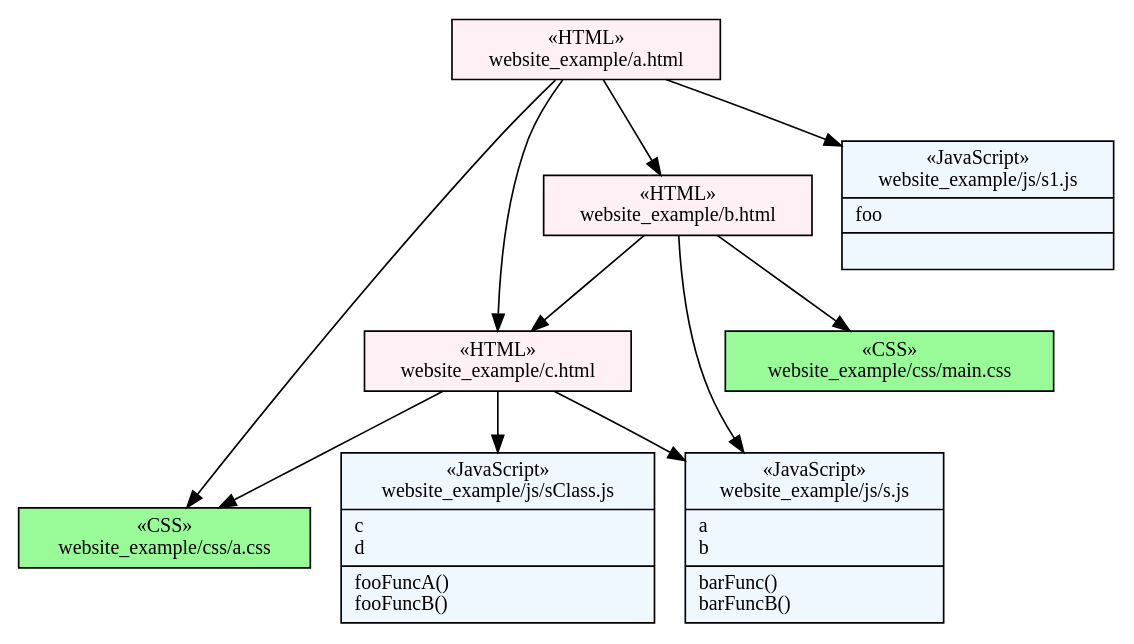
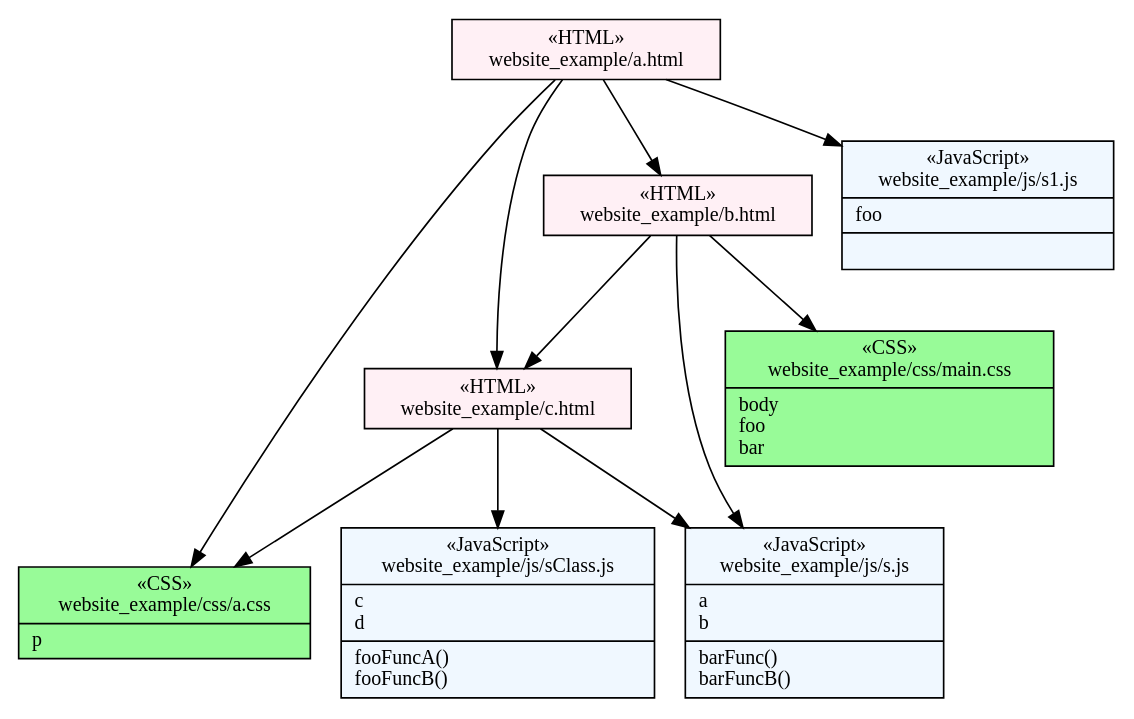
Before and after one commit to bakunin95/wavi: the diagram in example/result/example.dot, drawn with Graphviz. The commit also changed 5 other files, not shown here.

```diff
--- a/example/result/example.dot
+++ b/example/result/example.dot
@@ -1,20 +1,20 @@
 digraph G {
   "website_example/a.html" [ label = "{&laquo;HTML»\nwebsite_example/a.html}", fontsize = 12, shape = record, style = "filled", fillcolor = "lavenderblush" ];
   "website_example/b.html" [ label = "{&laquo;HTML»\nwebsite_example/b.html}", fontsize = 12, shape = record, style = "filled", fillcolor = "lavenderblush" ];
   "website_example/c.html" [ label = "{&laquo;HTML»\nwebsite_example/c.html}", fontsize = 12, shape = record, style = "filled", fillcolor = "lavenderblush" ];
-  "website_example/css/a.css" [ label = "{&laquo;CSS»\nwebsite_example/css/a.css}", fontsize = 12, shape = record, style = "filled", fillcolor = "palegreen" ];
-  "website_example/css/main.css" [ label = "{&laquo;CSS»\nwebsite_example/css/main.css}", fontsize = 12, shape = record, style = "filled", fillcolor = "palegreen" ];
+  "website_example/css/a.css" [ label = "{&laquo;CSS»\nwebsite_example/css/a.css|p\l}", fontsize = 12, shape = record, style = "filled", fillcolor = "palegreen" ];
+  "website_example/css/main.css" [ label = "{&laquo;CSS»\nwebsite_example/css/main.css|body\lfoo\lbar\l}", fontsize = 12, shape = record, style = "filled", fillcolor = "palegreen" ];
   "website_example/js/s.js" [ label = "{&laquo;JavaScript»\nwebsite_example/js/s.js|a\lb\l|barFunc()\lbarFuncB()\l}", fontsize = 12, shape = record, style = "filled", fillcolor = "aliceblue" ];
+  "website_example/js/s1.js" [ label = "{&laquo;JavaScript»\nwebsite_example/js/s1.js|foo\l|\l}", fontsize = 12, shape = record, style = "filled", fillcolor = "aliceblue" ];
   "website_example/js/sClass.js" [ label = "{&laquo;JavaScript»\nwebsite_example/js/sClass.js|c\ld\l|fooFuncA()\lfooFuncB()\l}", fontsize = 12, shape = record, style = "filled", fillcolor = "aliceblue" ];
-  "website_example/js/s1.js" [ label = "{&laquo;JavaScript»\nwebsite_example/js/s1.js|foo\l|\l}", fontsize = 12, shape = record, style = "filled", fillcolor = "aliceblue" ];
+  "website_example/a.html" -> "website_example/c.html";
   "website_example/b.html" -> "website_example/c.html";
+  "website_example/b.html" -> "website_example/js/s.js";
+  "website_example/a.html" -> "website_example/js/s1.js";
+  "website_example/b.html" -> "website_example/css/main.css";
+  "website_example/c.html" -> "website_example/js/s.js";
+  "website_example/c.html" -> "website_example/css/a.css";
+  "website_example/a.html" -> "website_example/b.html";
   "website_example/c.html" -> "website_example/js/sClass.js";
-  "website_example/b.html" -> "website_example/js/s.js";
-  "website_example/b.html" -> "website_example/css/main.css";
-  "website_example/a.html" -> "website_example/b.html";
-  "website_example/c.html" -> "website_example/js/s.js";
-  "website_example/a.html" -> "website_example/js/s1.js";
-  "website_example/c.html" -> "website_example/css/a.css";
   "website_example/a.html" -> "website_example/css/a.css";
-  "website_example/a.html" -> "website_example/c.html";
 }
```
